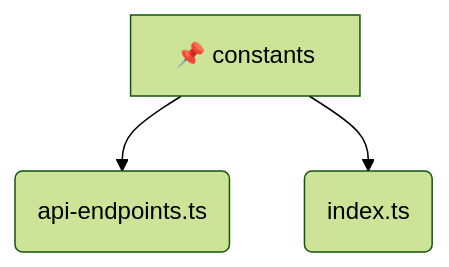
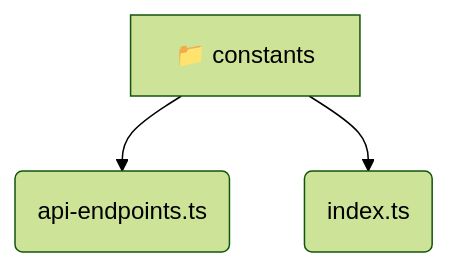
Before and after one commit to beginwebdev2002/fullstack-mavluda: the diagram in frontend/src/core/constants/README.md, drawn with Mermaid (forest theme). The commit also changed other lines of this file and 155 other files, not shown here.

````diff
--- a/frontend/src/core/constants/README.md
+++ b/frontend/src/core/constants/README.md
@@ -9,6 +9,6 @@
 ```mermaid
 graph TD
-  constants[📌 constants]
-  constants --> api_endpoints_ts(api-endpoints.ts)
-  constants --> index_ts(index.ts)
+  constants[📁 constants]
+  constants --> constants_api_endpoints_ts(api-endpoints.ts)
+  constants --> constants_index_ts(index.ts)
 ```
````
